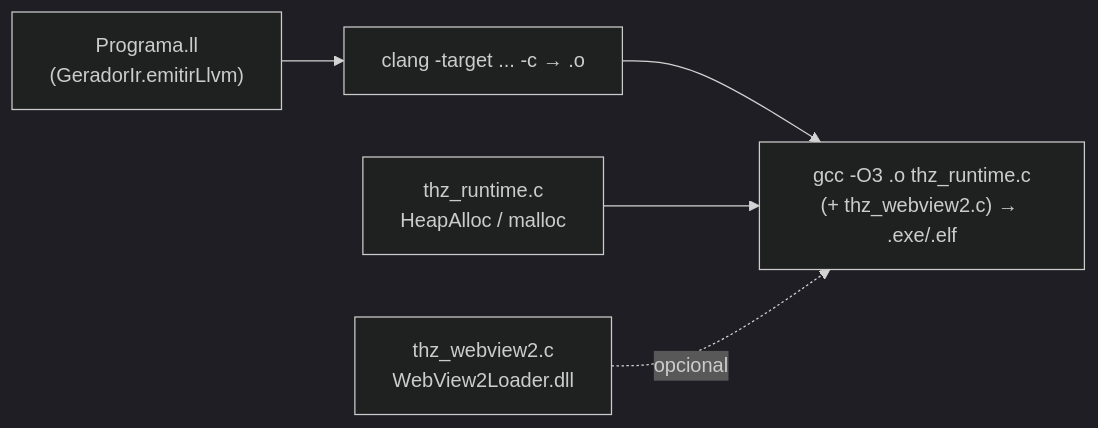
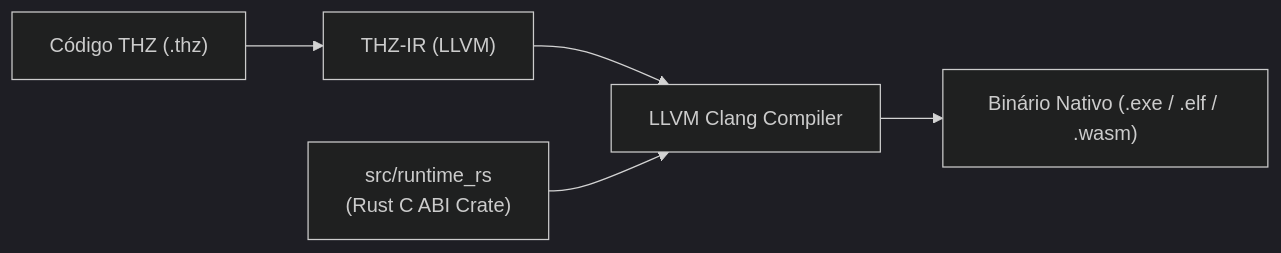
Before and after one commit to THZ-Lang/thz-lang: the diagram in docs/RUNTIME_NATIVO.md, drawn with Mermaid (dark theme). The commit also changed other lines of this file and 3 other files, not shown here.

Commit message:
docs: atualizar documentacao oficial, README, CHANGELOG e RUNTIME_NATIVO para versao v3.0.0

````diff
--- a/docs/RUNTIME_NATIVO.md
+++ b/docs/RUNTIME_NATIVO.md
@@ -21,7 +18,7 @@
 ```mermaid
 graph LR
-    LL["Programa.ll<br/>(GeradorIr.emitirLlvm)"] --> CLANG["clang -target ... -c → .o"]
-    CLANG --> GCC["gcc -O3 .o thz_runtime.c<br/>(+ thz_webview2.c) → .exe/.elf"]
-    RT["thz_runtime.c<br/>HeapAlloc / malloc"] --> GCC
-    WV["thz_webview2.c<br/>WebView2Loader.dll"] -. opcional .-> GCC
+    THZ["Código THZ (.thz)"] --> IR["THZ-IR (LLVM)"]
+    IR --> CLANG["LLVM Clang Compiler"]
+    RUST["src/runtime_rs<br/>(Rust C ABI Crate)"] --> CLANG
+    CLANG --> BIN["Binário Nativo (.exe / .elf / .wasm)"]
 ```
````
